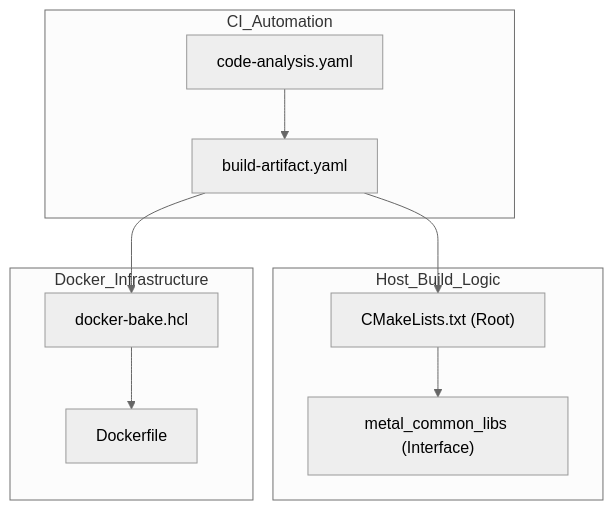
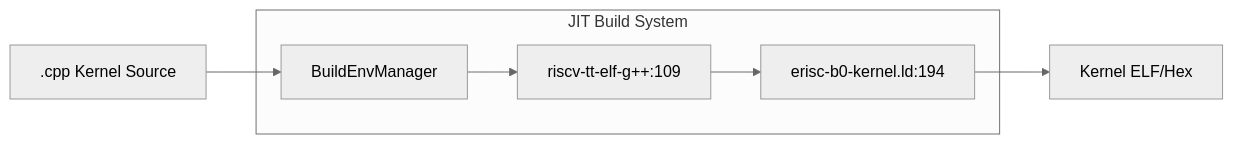
Before and after one commit to HuangJunjie-PhD/TT-Metal-Analysis: the third of 3 diagrams in docs/tt-metal/5-build-and-packaging-system.md, drawn with Mermaid (neutral theme). The commit also changed other lines of this file and 48 other files, not shown here.

First line of the commit message:
Complete diagram embedding: 100% coverage across all 54 files

````diff
--- a/docs/tt-metal/5-build-and-packaging-system.md
+++ b/docs/tt-metal/5-build-and-packaging-system.md
@@ -88,23 +314,13 @@
 ```mermaid
-graph TB
-    subgraph "Host_Build_Logic"
-        Root_CMake["CMakeLists.txt (Root)"]
-        Metal_Common["metal_common_libs (Interface)"]
+graph LR
+    subgraph "JIT Build System"
+        JitEnv["BuildEnvManager"]
+        Compiler["riscv-tt-elf-g++:109"]
+        Linker["erisc-b0-kernel.ld:194"]
     end
-
-    subgraph "CI_Automation"
-        Build_Artifact["build-artifact.yaml"]
-        Code_Analysis["code-analysis.yaml"]
-    end
-
-    subgraph "Docker_Infrastructure"
-        Bake["docker-bake.hcl"]
-        DF["Dockerfile"]
-    end
-
-    Root_CMake --> Metal_Common
-    Build_Artifact --> Root_CMake
-    Code_Analysis --> Build_Artifact
-    Build_Artifact --> Bake
-    Bake --> DF
+    
+    Source[".cpp Kernel Source"] --> JitEnv
+    JitEnv --> Compiler
+    Compiler --> Linker
+    Linker --> Binary["Kernel ELF/Hex"]
 ```
````
